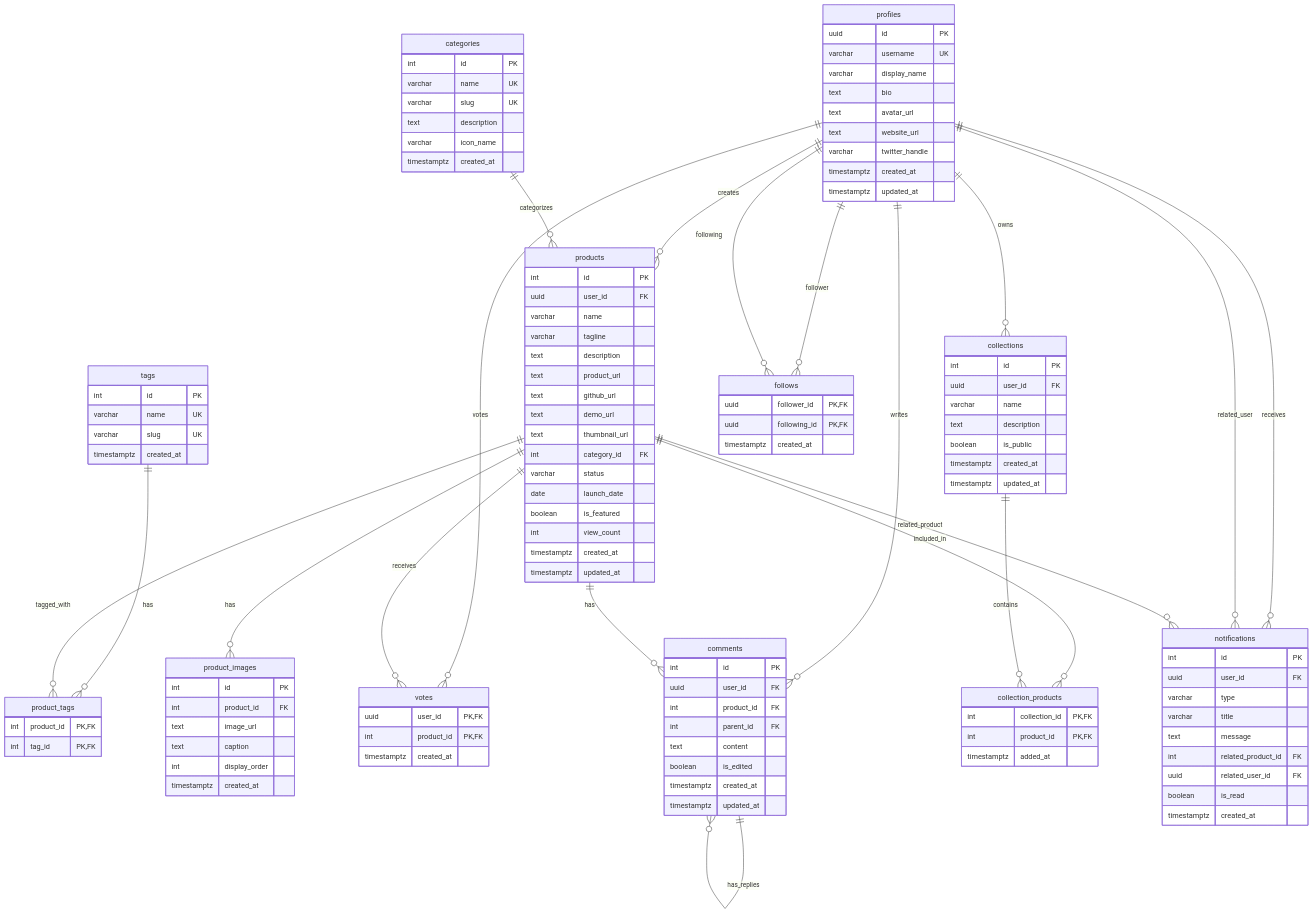
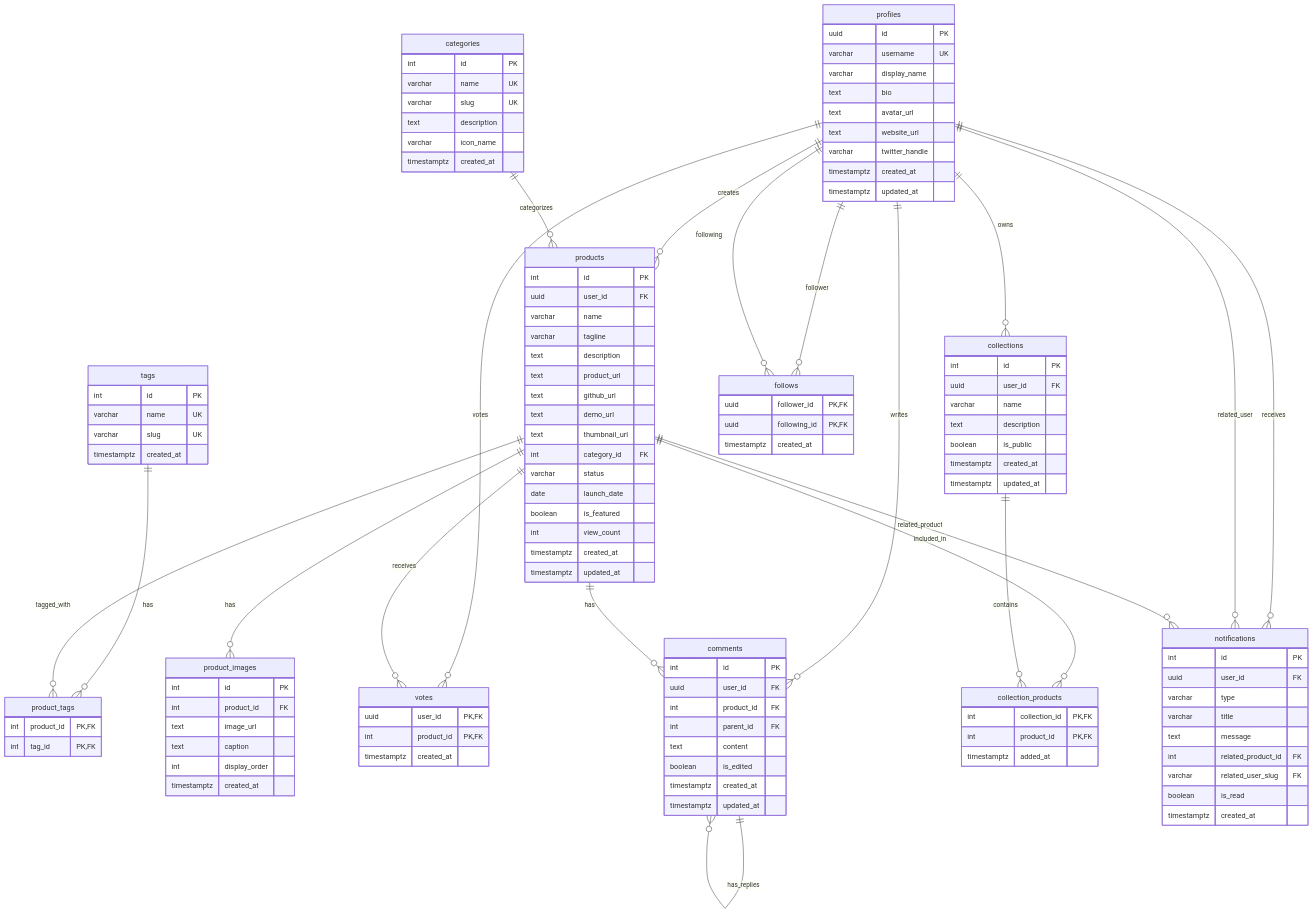
The diagram in .clinerules/database_er_diagram.md (buddypia/nichehunt), drawn with Mermaid before and after one commit. The commit also changed 4 other files, not shown here.

Commit message:
refactor: replace related_user_id with related_user_slug in notifications and related components

```diff
--- a/.clinerules/database_er_diagram.md
+++ b/.clinerules/database_er_diagram.md
@@ -111,7 +111,7 @@
         varchar title
         text message
         int related_product_id FK
-        uuid related_user_id FK
+        varchar related_user_slug FK
         boolean is_read
         timestamptz created_at
     }
```
